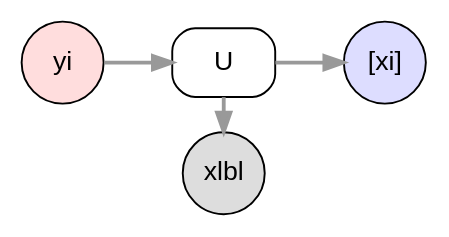
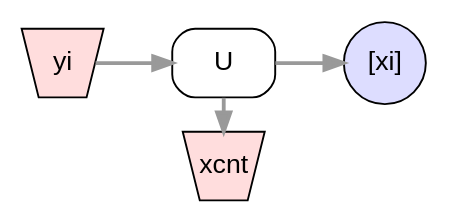
One commit to drautzburg/currychicken changed the diagram in opal/ProductsUnpack.dot. Above: the diagram before and after it, drawn with Graphviz. The commit also changed 3 other files, not shown here.

```diff
--- a/opal/ProductsUnpack.dot
+++ b/opal/ProductsUnpack.dot
@@ -1,26 +1,27 @@
 digraph d {
 	node [fontname = "Arial"];
 	edge [fontname = "Arial", fontsize=11,color="#999999", penwidth=2, weight=1];
 
 	rankdir=LR
 	subgraph list {
 		node [shape=circle, style=filled, fillcolor="#DDDDFF", fixedsize=true, width=0.6]
 		xi [label="[xi]"]
 		}
 	subgraph nest {
-		node [shape=circle, style=filled, fillcolor="#FFDDDD", fixedsize=true, width=0.6]
+		node [shape=invtrapezium, style=filled, fillcolor="#FFDDDD", fixedsize=true, width=0.6]
 		yi
+		xlbl[label=xcnt]
 		}		
 	subgraph others {
 		node [shape=circle, style=filled, fillcolor="#DDDDDD", fixedsize=true, width=0.6]
-		xlbl
+
 		}
 	subgraph process {
 		node [shape=box, style=rounded]
 		U
 	}
 {rank=same; xlbl U}
 yi -> U
 U -> xi
 U -> xlbl
 }
```
